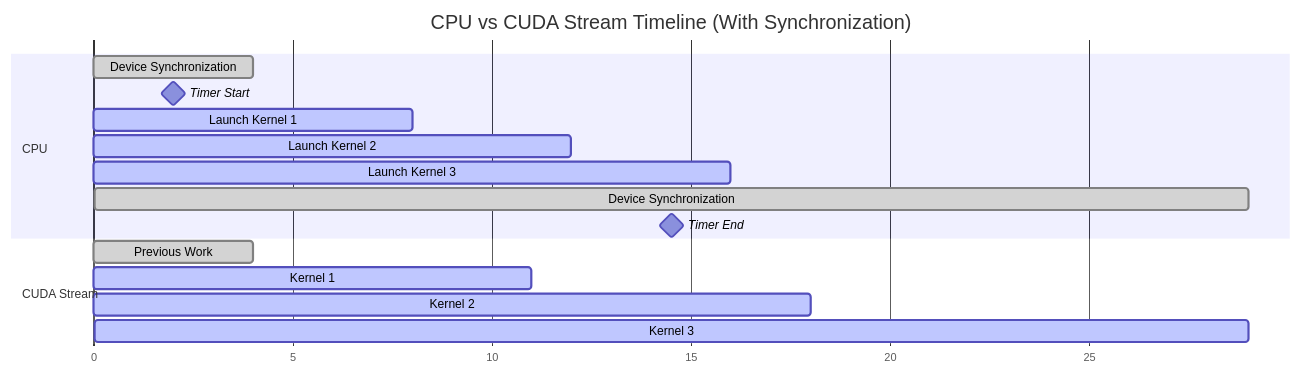
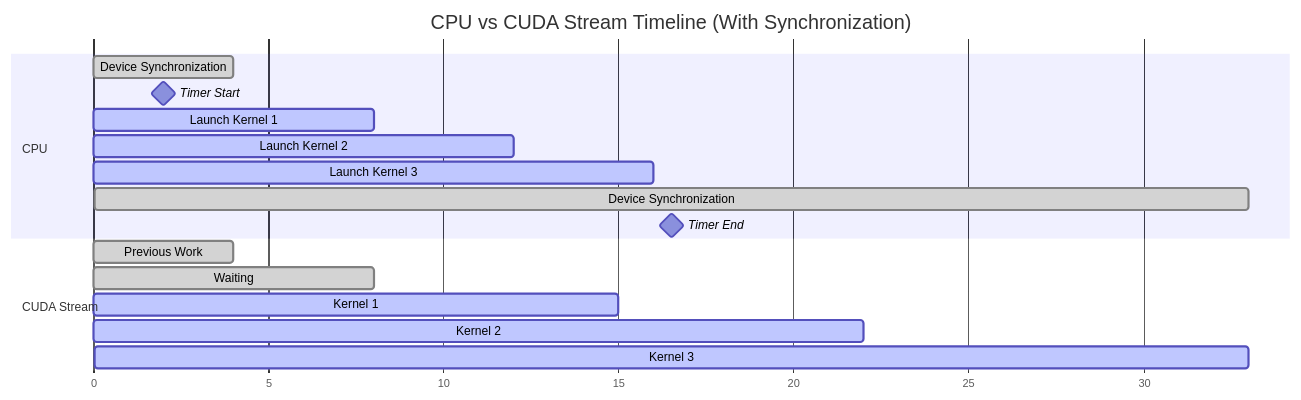
The second of 2 diagrams in docs/codeflash-concepts/benchmarking-gpu-code.mdx (codeflash-ai/codeflash), drawn with Mermaid before and after one commit. The commit also changed other lines of this file and 1 other file, not shown here.

Commit message:
improve gantt chart

````diff
--- a/docs/codeflash-concepts/benchmarking-gpu-code.mdx
+++ b/docs/codeflash-concepts/benchmarking-gpu-code.mdx
@@ -45,22 +45,23 @@
 ```mermaid actions={false}
 %%{init: {'gantt': {'useWidth': 1200}}}%%
 gantt
     title CPU vs CUDA Stream Timeline (With Synchronization)
     dateFormat X
     axisFormat %s
 
     section CPU
     Device Synchronization  :done, wait, 0, 4
     Timer Start             :milestone, m1, 4, 4
     Launch Kernel 1         :active, cpu0, 4, 8
     Launch Kernel 2         :active, cpu1, 8, 12
     Launch Kernel 3         :active, cpu2, 12, 16
-    Device Synchronization  :done, wait, 16, 29
-    Timer End               :milestone, m2, 29, 29
+    Device Synchronization  :done, wait, 16, 33
+    Timer End               :milestone, m2, 33, 33
 
     section CUDA Stream
     Previous Work         :done, wait, 0, 4
-    Kernel 1              :active, k1, 4, 11
-    Kernel 2              :active, k2, 11, 18
-    Kernel 3              :active, k3, 18, 29
+    Waiting               :done, wait, 4, 8
+    Kernel 1              :active, k1, 8, 15
+    Kernel 2              :active, k2, 15, 22
+    Kernel 3              :active, k3, 22, 33
 ```
````
